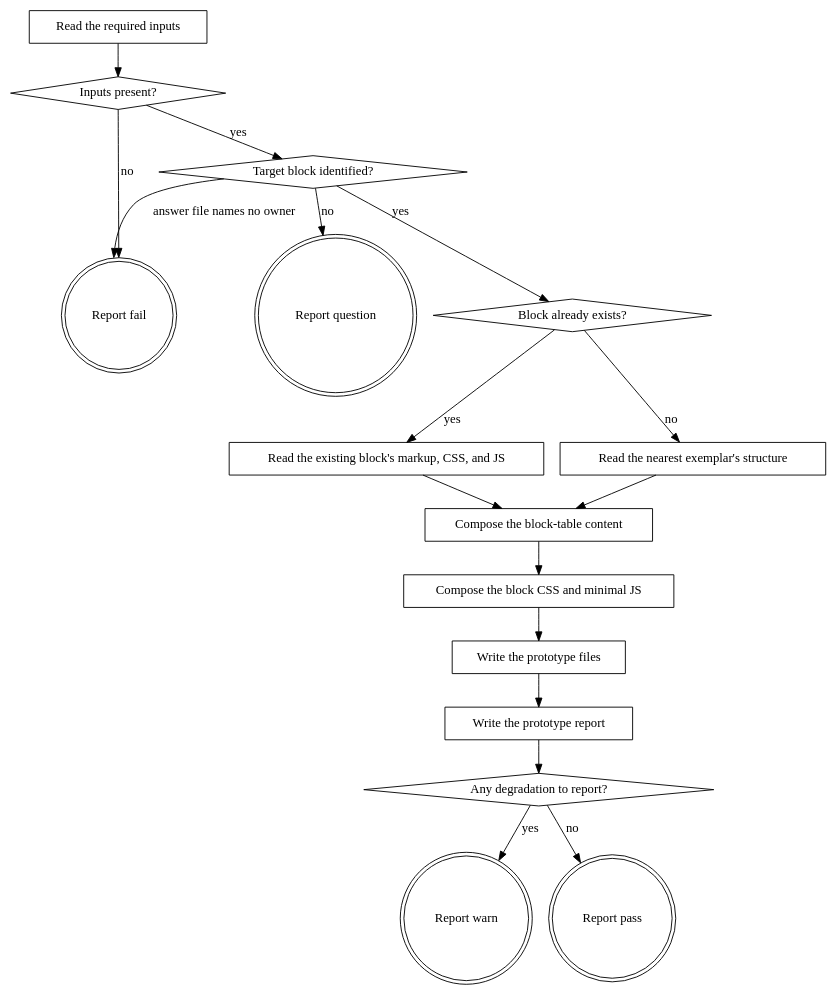
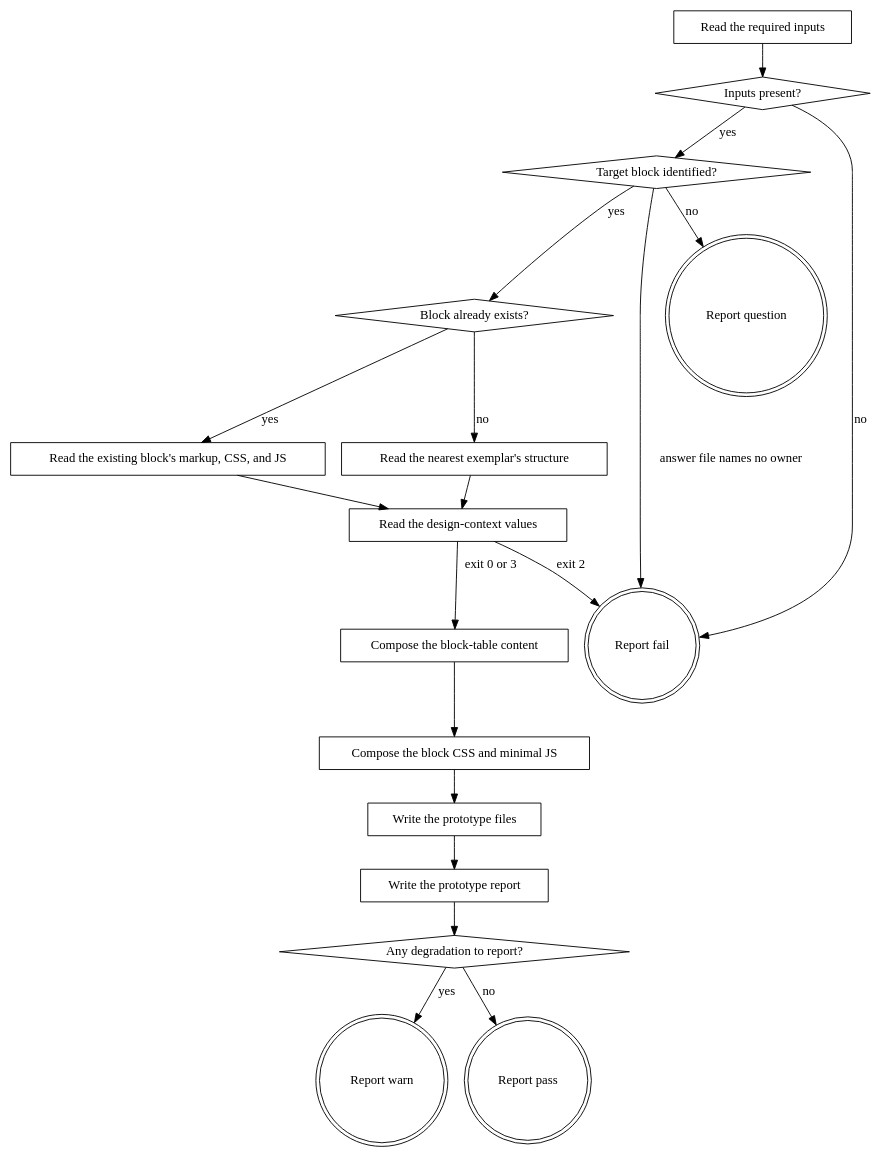
The diagram in plugins/eds/skills/eds-prototype/SKILL.md (agenticDraft/aem-eds-ai-workflow-demo), drawn with Graphviz before and after one commit. The commit also changed other lines of this file, not shown here.

First line of the commit message:
eds-prototype reads design-context values and records each value's source

````diff
--- a/plugins/eds/skills/eds-prototype/SKILL.md
+++ b/plugins/eds/skills/eds-prototype/SKILL.md
@@ -42,36 +44,39 @@
 ```dot
 digraph eds_prototype {
     "Read the required inputs" [shape=box];
     "Inputs present?" [shape=diamond];
     "Target block identified?" [shape=diamond];
     "Block already exists?" [shape=diamond];
     "Read the existing block's markup, CSS, and JS" [shape=box];
     "Read the nearest exemplar's structure" [shape=box];
+    "Read the design-context values" [shape=box];
     "Compose the block-table content" [shape=box];
     "Compose the block CSS and minimal JS" [shape=box];
     "Write the prototype files" [shape=box];
     "Write the prototype report" [shape=box];
     "Any degradation to report?" [shape=diamond];
     "Report fail" [shape=doublecircle];
     "Report question" [shape=doublecircle];
     "Report warn" [shape=doublecircle];
     "Report pass" [shape=doublecircle];
 
     "Read the required inputs" -> "Inputs present?";
     "Inputs present?" -> "Target block identified?" [label="yes"];
     "Inputs present?" -> "Report fail" [label="no"];
     "Target block identified?" -> "Block already exists?" [label="yes"];
     "Target block identified?" -> "Report question" [label="no"];
     "Target block identified?" -> "Report fail" [label="answer file names no owner"];
     "Block already exists?" -> "Read the existing block's markup, CSS, and JS" [label="yes"];
     "Block already exists?" -> "Read the nearest exemplar's structure" [label="no"];
-    "Read the existing block's markup, CSS, and JS" -> "Compose the block-table content";
-    "Read the nearest exemplar's structure" -> "Compose the block-table content";
+    "Read the existing block's markup, CSS, and JS" -> "Read the design-context values";
+    "Read the nearest exemplar's structure" -> "Read the design-context values";
+    "Read the design-context values" -> "Compose the block-table content" [label="exit 0 or 3"];
+    "Read the design-context values" -> "Report fail" [label="exit 2"];
     "Compose the block-table content" -> "Compose the block CSS and minimal JS";
     "Compose the block CSS and minimal JS" -> "Write the prototype files";
     "Write the prototype files" -> "Write the prototype report";
     "Write the prototype report" -> "Any degradation to report?";
     "Any degradation to report?" -> "Report warn" [label="yes"];
     "Any degradation to report?" -> "Report pass" [label="no"];
 }
 ```
````
